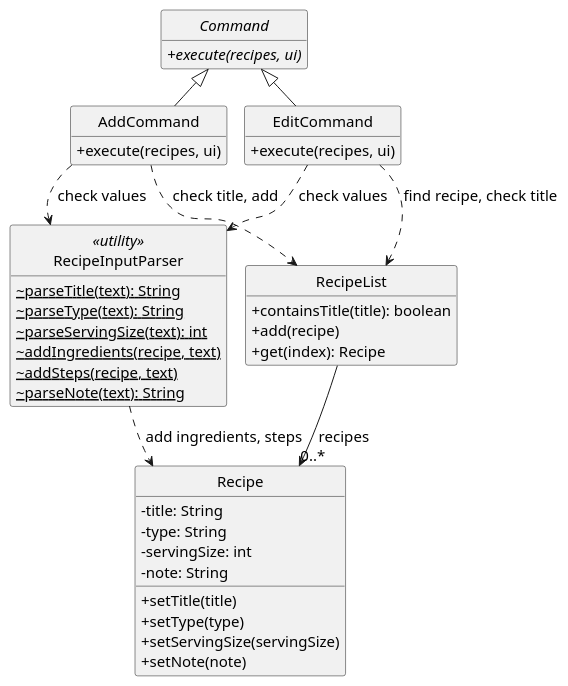
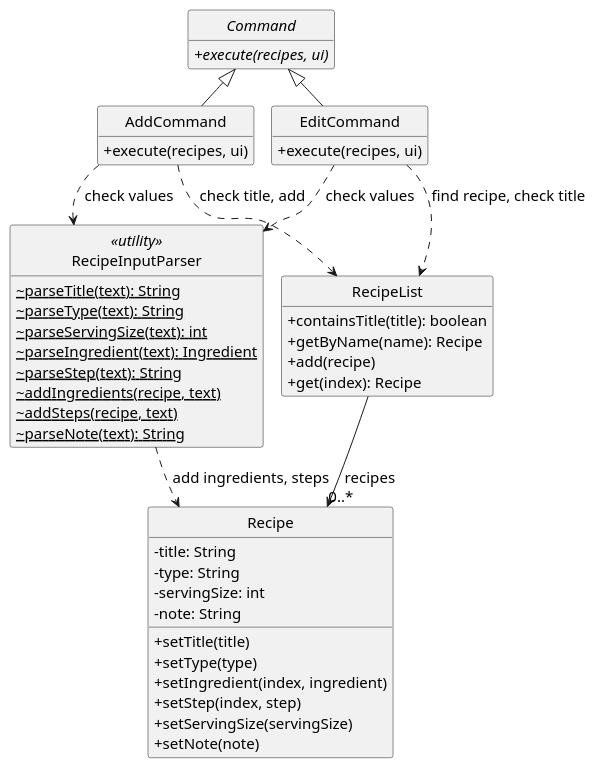
The diagram in docs/diagrams/recipe-input-classes.puml (AY2627S1-CS2113-W14-3/tp), drawn with PlantUML before and after one commit. The commit also changed 15 other files, not shown here.

```diff
--- a/docs/diagrams/recipe-input-classes.puml
+++ b/docs/diagrams/recipe-input-classes.puml
@@ -1,53 +1,58 @@
 @startuml
 !pragma layout smetana
 skinparam monochrome true
 skinparam shadowing false
 skinparam classAttributeIconSize 0
 skinparam defaultFontName SansSerif
 skinparam defaultFontSize 15
 hide empty members
 hide circle
 top to bottom direction
 
 abstract class Command {
   +{abstract} execute(recipes, ui)
 }
 class AddCommand {
   +execute(recipes, ui)
 }
 class EditCommand {
   +execute(recipes, ui)
 }
 class RecipeInputParser <<utility>> {
   ~{static} parseTitle(text): String
   ~{static} parseType(text): String
   ~{static} parseServingSize(text): int
+  ~{static} parseIngredient(text): Ingredient
+  ~{static} parseStep(text): String
   ~{static} addIngredients(recipe, text)
   ~{static} addSteps(recipe, text)
   ~{static} parseNote(text): String
 }
 class RecipeList {
   +containsTitle(title): boolean
+  +getByName(name): Recipe
   +add(recipe)
   +get(index): Recipe
 }
 class Recipe {
   -title: String
   -type: String
   -servingSize: int
   -note: String
   +setTitle(title)
   +setType(type)
+  +setIngredient(index, ingredient)
+  +setStep(index, step)
   +setServingSize(servingSize)
   +setNote(note)
 }
 
 AddCommand -up-|> Command
 EditCommand -up-|> Command
 AddCommand ..> RecipeInputParser : check values
 EditCommand ..> RecipeInputParser : check values
 AddCommand ..> RecipeList : check title, add
 EditCommand ..> RecipeList : find recipe, check title
 RecipeInputParser ..> Recipe : add ingredients, steps
 RecipeList --> "0..*" Recipe : recipes
 @enduml
```
